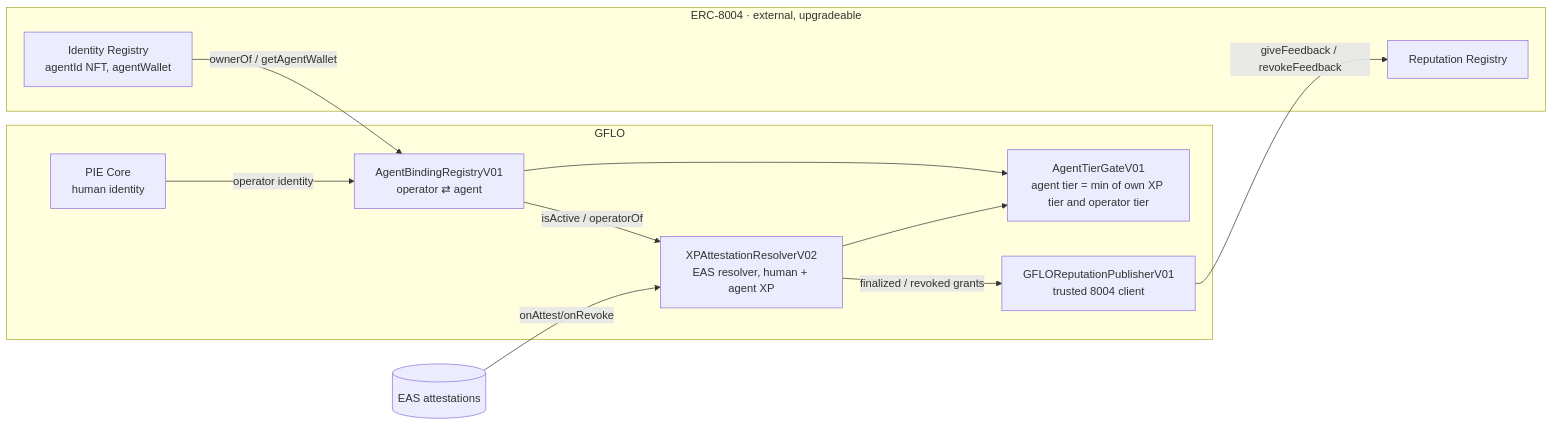
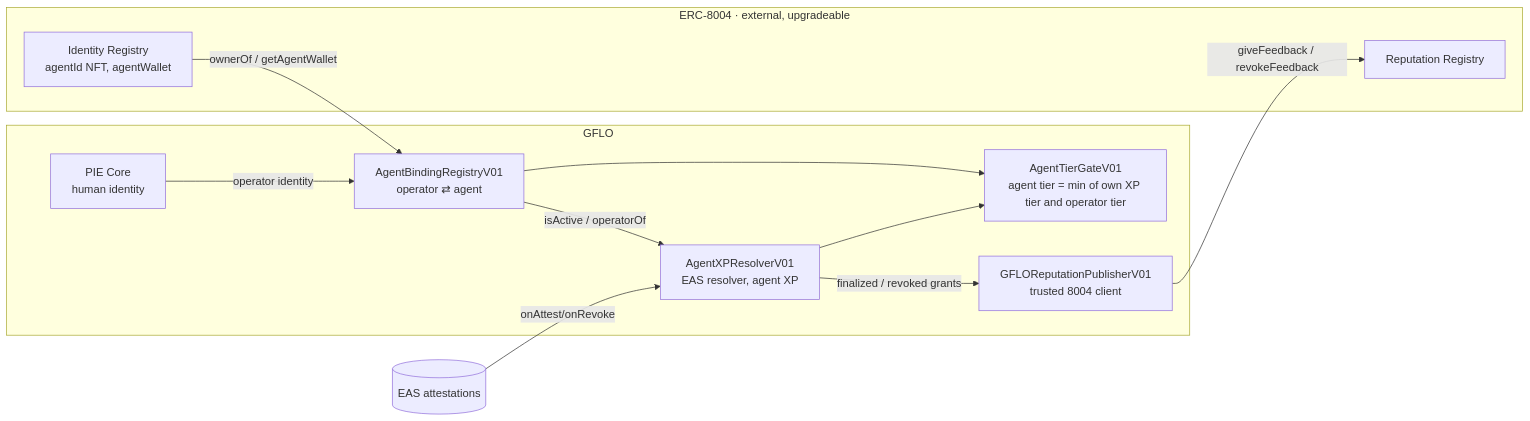
Before and after one commit to elanmust-GFLOer/gflo-pie: the diagram in docs/DESIGN-003-operator-binding-and-erc8004.md, drawn with Mermaid. The commit also changed other lines of this file and 12 other files, not shown here.

````diff
--- a/docs/DESIGN-003-operator-binding-and-erc8004.md
+++ b/docs/DESIGN-003-operator-binding-and-erc8004.md
@@ -45,23 +45,23 @@
 ```mermaid
 flowchart LR
   subgraph ERC8004["ERC-8004 · external, upgradeable"]
     ID[Identity Registry<br/>agentId NFT, agentWallet]
     REP[Reputation Registry]
   end
   subgraph GFLO
     PIE[PIE Core<br/>human identity]
     BIND[AgentBindingRegistryV01<br/>operator ⇄ agent]
-    RES[XPAttestationResolverV02<br/>EAS resolver, human + agent XP]
+    RES["AgentXPResolverV01<br/>EAS resolver, agent XP"]
     GATE["AgentTierGateV01<br/>agent tier = min of own XP tier and operator tier"]
     PUB[GFLOReputationPublisherV01<br/>trusted 8004 client]
   end
   EAS[(EAS attestations)]
   ID -- ownerOf / getAgentWallet --> BIND
   PIE -- operator identity --> BIND
   EAS -- onAttest/onRevoke --> RES
   BIND -- isActive / operatorOf --> RES
   RES --> GATE
   BIND --> GATE
   RES -- finalized / revoked grants --> PUB
   PUB -- giveFeedback / revokeFeedback --> REP
 ```
````
